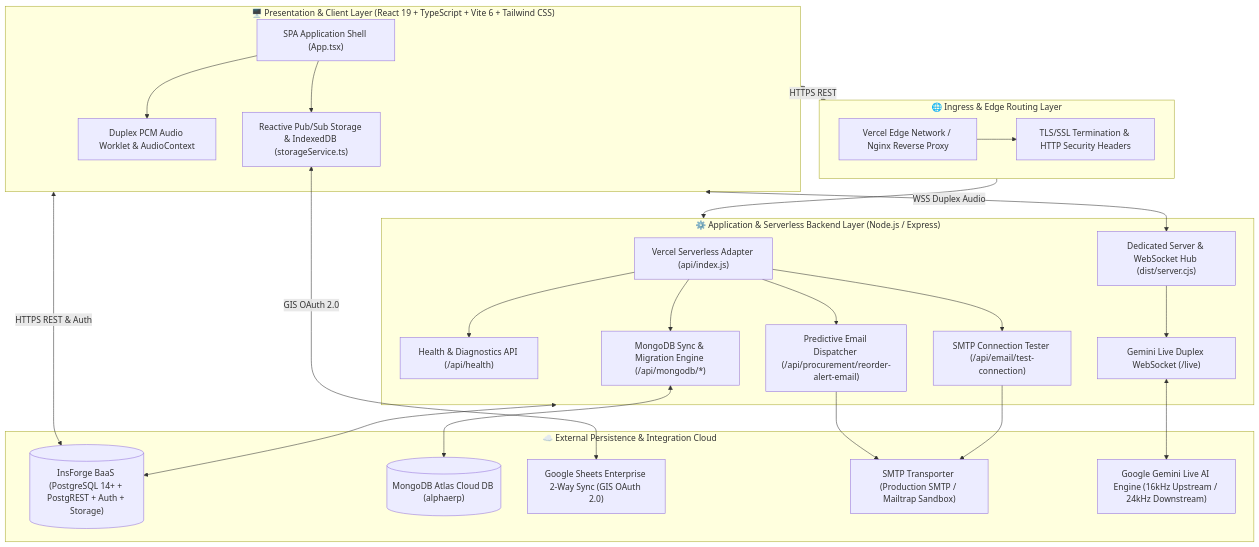
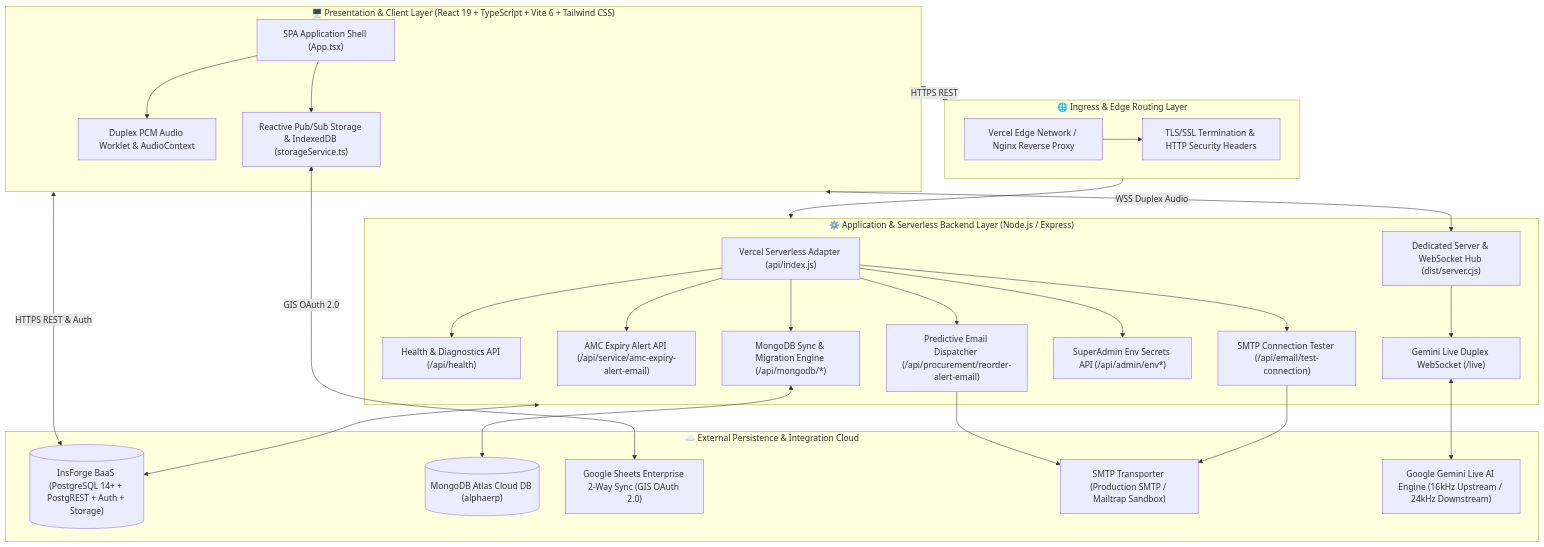
One commit to shivenkg/AlphaERP-V1 changed the first of 3 diagrams in README.md. Above: the diagram before and after it, drawn with Mermaid. The commit also changed other lines of this file and 11 other files, not shown here.

````diff
--- a/README.md
+++ b/README.md
@@ -49,51 +50,55 @@
 ```mermaid
 flowchart TB
     subgraph ClientLayer["🖥️ Presentation & Client Layer (React 19 + TypeScript + Vite 6 + Tailwind CSS)"]
         UI["SPA Application Shell (App.tsx)"]
         State["Reactive Pub/Sub Storage & IndexedDB (storageService.ts)"]
         Audio["Duplex PCM Audio Worklet & AudioContext"]
         UI --> State
         UI --> Audio
     end
 
     subgraph EdgeRouting["🌐 Ingress & Edge Routing Layer"]
         VercelEdge["Vercel Edge Network / Nginx Reverse Proxy"]
         SSL["TLS/SSL Termination & HTTP Security Headers"]
         VercelEdge --> SSL
     end
 
     subgraph BackendLayer["⚙️ Application & Serverless Backend Layer (Node.js / Express)"]
         APIEntry["Vercel Serverless Adapter (api/index.js)"]
         NodeServer["Dedicated Server & WebSocket Hub (dist/server.cjs)"]
         HealthAPI["Health & Diagnostics API (/api/health)"]
         ProcureAPI["Predictive Email Dispatcher (/api/procurement/reorder-alert-email)"]
+        AMCEmailAPI["AMC Expiry Alert API (/api/service/amc-expiry-alert-email)"]
         EmailTestAPI["SMTP Connection Tester (/api/email/test-connection)"]
         MongoAPI["MongoDB Sync & Migration Engine (/api/mongodb/*)"]
+        AdminEnvAPI["SuperAdmin Env Secrets API (/api/admin/env*)"]
         GeminiWS["Gemini Live Duplex WebSocket (/live)"]
         
         APIEntry --> HealthAPI
         APIEntry --> ProcureAPI
+        APIEntry --> AMCEmailAPI
         APIEntry --> EmailTestAPI
         APIEntry --> MongoAPI
+        APIEntry --> AdminEnvAPI
         NodeServer --> GeminiWS
     end
 
     subgraph ExternalServices["☁️ External Persistence & Integration Cloud"]
         InsForgeBaaS[("InsForge BaaS (PostgreSQL 14+ + PostgREST + Auth + Storage)")]
         MongoAtlas[("MongoDB Atlas Cloud DB (alphaerp)")]
         GoogleSheets["Google Sheets Enterprise 2-Way Sync (GIS OAuth 2.0)"]
         SMTPRelay["SMTP Transporter (Production SMTP / Mailtrap Sandbox)"]
         GeminiAI["Google Gemini Live AI Engine (16kHz Upstream / 24kHz Downstream)"]
     end
 
     ClientLayer <-->|HTTPS REST & Auth| InsForgeBaaS
     ClientLayer <-->|HTTPS REST| EdgeRouting
     ClientLayer <-->|WSS Duplex Audio| NodeServer
     EdgeRouting --> BackendLayer
     BackendLayer <--> InsForgeBaaS
     ProcureAPI --> SMTPRelay
     EmailTestAPI --> SMTPRelay
     MongoAPI <--> MongoAtlas
     State <-->|GIS OAuth 2.0| GoogleSheets
     GeminiWS <--> GeminiAI
 ```
````
